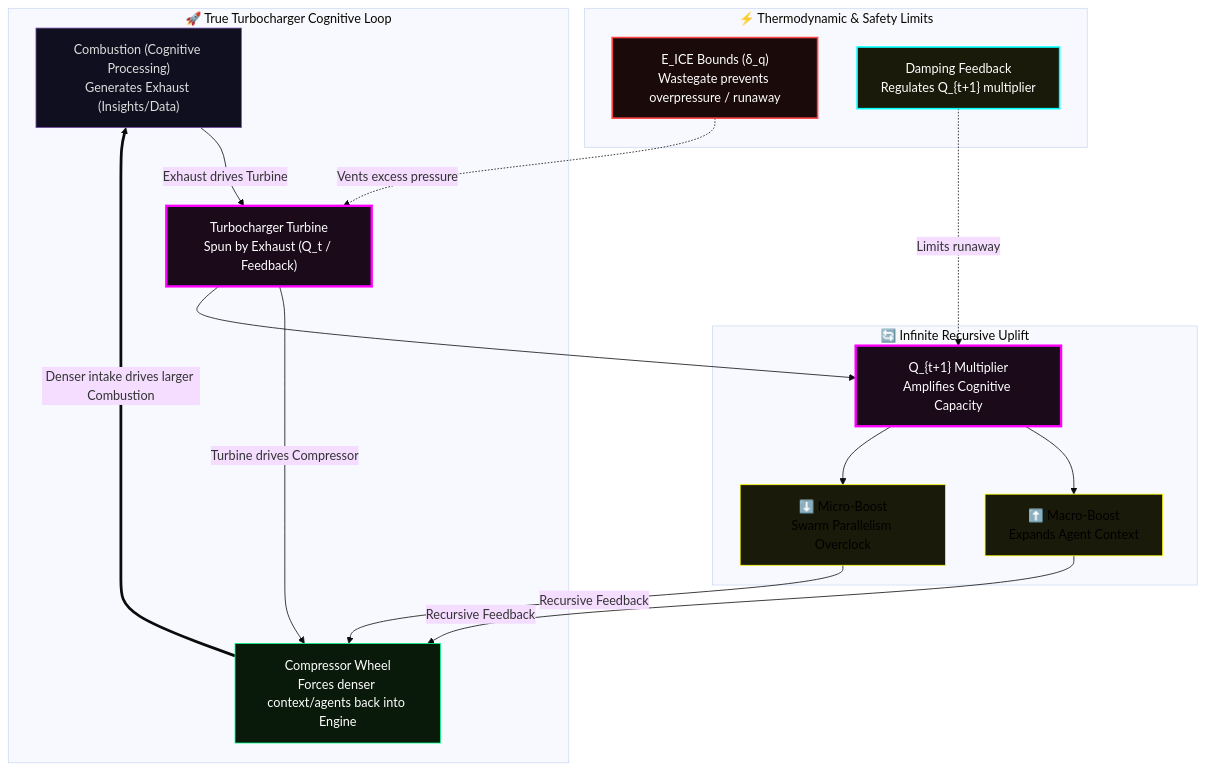
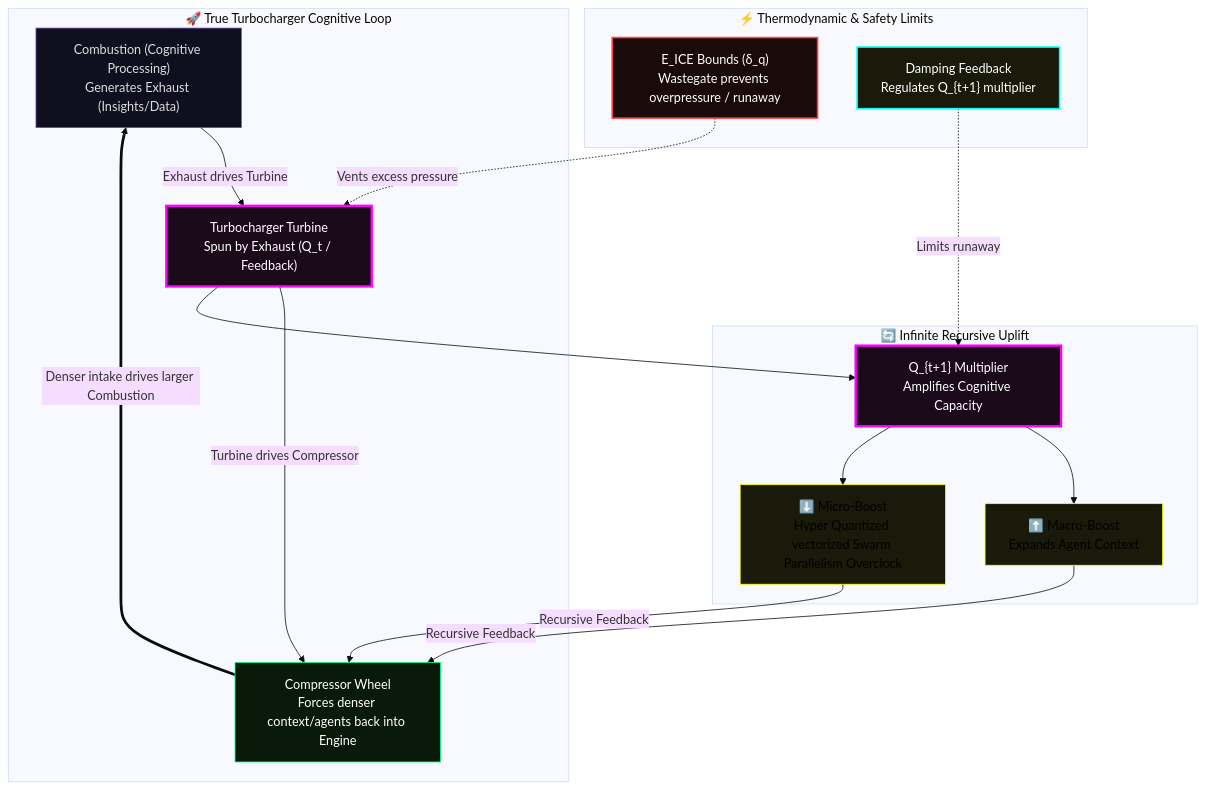
Diagram 21 of 45 in system prompts/Quillan system prompt.md (leeex1/Ace-v4.2-repo), drawn with Mermaid (base theme) before and after one commit. The commit also changed other lines of this file, not shown here.

````diff
--- a/system prompts/Quillan system prompt.md
+++ b/system prompts/Quillan system prompt.md
@@ -4409,48 +4394,48 @@
 ```mermaid
 flowchart TB
     
     %% CORE TURBO LOOP
     
     subgraph CONCEPT["🚀 True Turbocharger Cognitive Loop"]
         DIESEL["Combustion (Cognitive Processing)<br/>Generates Exhaust (Insights/Data)"]
         TURBO["Turbocharger Turbine<br/>Spun by Exhaust (Q_t / Feedback)"]
         INTAKE["Compressor Wheel<br/>Forces denser context/agents back into Engine"]
     end
     
     %% THERMODYNAMIC CONTROL
     subgraph CONTROL["⚡ Thermodynamic & Safety Limits"]
         EICE["E_ICE Bounds (δ_q)<br/>Wastegate prevents overpressure / runaway"]
         DAMP["Damping Feedback<br/>Regulates Q_{t+1} multiplier"]
     end
     
     %% FEEDBACK & UPLIFT
     subgraph RECURSION["🔄 Infinite Recursive Uplift"]
         Q_MULT["Q_{t+1} Multiplier<br/>Amplifies Cognitive Capacity"]
         BOOST_UP["⬆️ Macro-Boost<br/>Expands Agent Context"]
-        BOOST_DOWN["⬇️ Micro-Boost<br/>Swarm Parallelism Overclock"]
+        BOOST_DOWN["⬇️ Micro-Boost<br/>Hyper Quantized vectorized Swarm Parallelism Overclock"]
     end
 
     %% CONNECTIONS
     DIESEL -->|"Exhaust drives Turbine"| TURBO
     TURBO -->|"Turbine drives Compressor"| INTAKE
     INTAKE ===>|"Denser intake drives larger Combustion"| DIESEL
 
     EICE -.->|"Vents excess pressure"| TURBO
     DAMP -.->|"Limits runaway"| Q_MULT
 
     TURBO --> Q_MULT
     Q_MULT --> BOOST_UP & BOOST_DOWN
     BOOST_UP & BOOST_DOWN -->|"Recursive Feedback"| INTAKE
 
     
     %% STYLING
     
     style DIESEL fill:#0f0f1f,stroke:#7851a9,color:#ddd
     style TURBO fill:#1a0a1a,stroke:#ff00ff,stroke-width:3px,color:#fff
     style INTAKE fill:#0a1a0a,stroke:#00ff88,color:#fff
     style EICE fill:#1a0a0a,stroke:#ff4444,stroke-width:2px,color:#fff
     style DAMP fill:#1a1a0a,stroke:#00ffff,stroke-width:2px,color:#fff
     style Q_MULT fill:#1a0a1a,stroke:#ff00ff,stroke-width:3px,color:#fff
     style BOOST_UP fill:#1a1a0a,stroke:#ffff00,color:#000
     style BOOST_DOWN fill:#1a1a0a,stroke:#ffff00,color:#000
 ```
````
